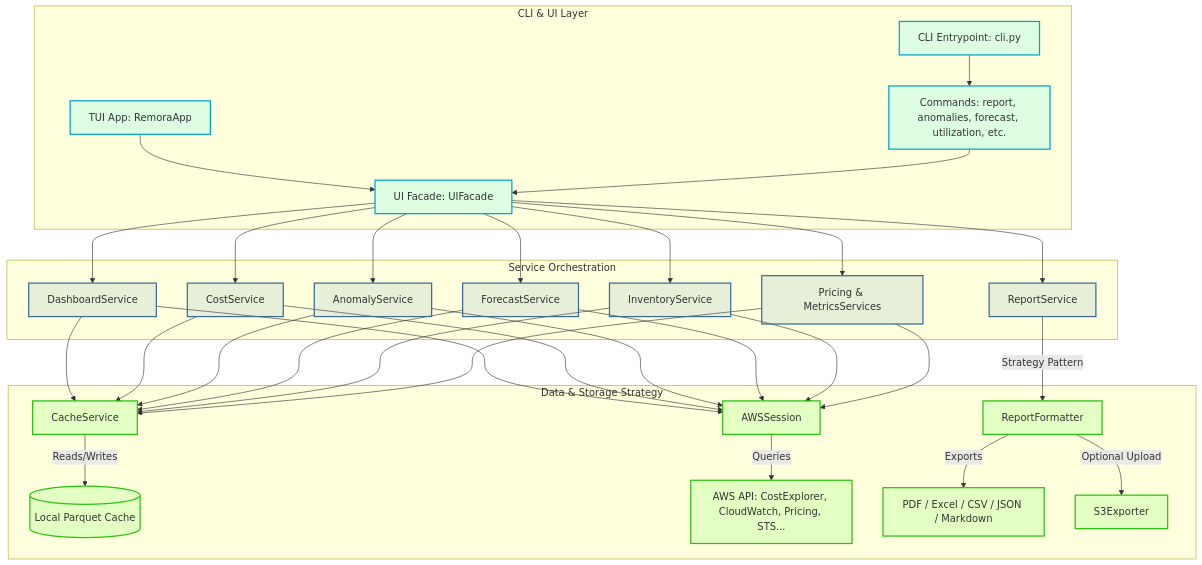
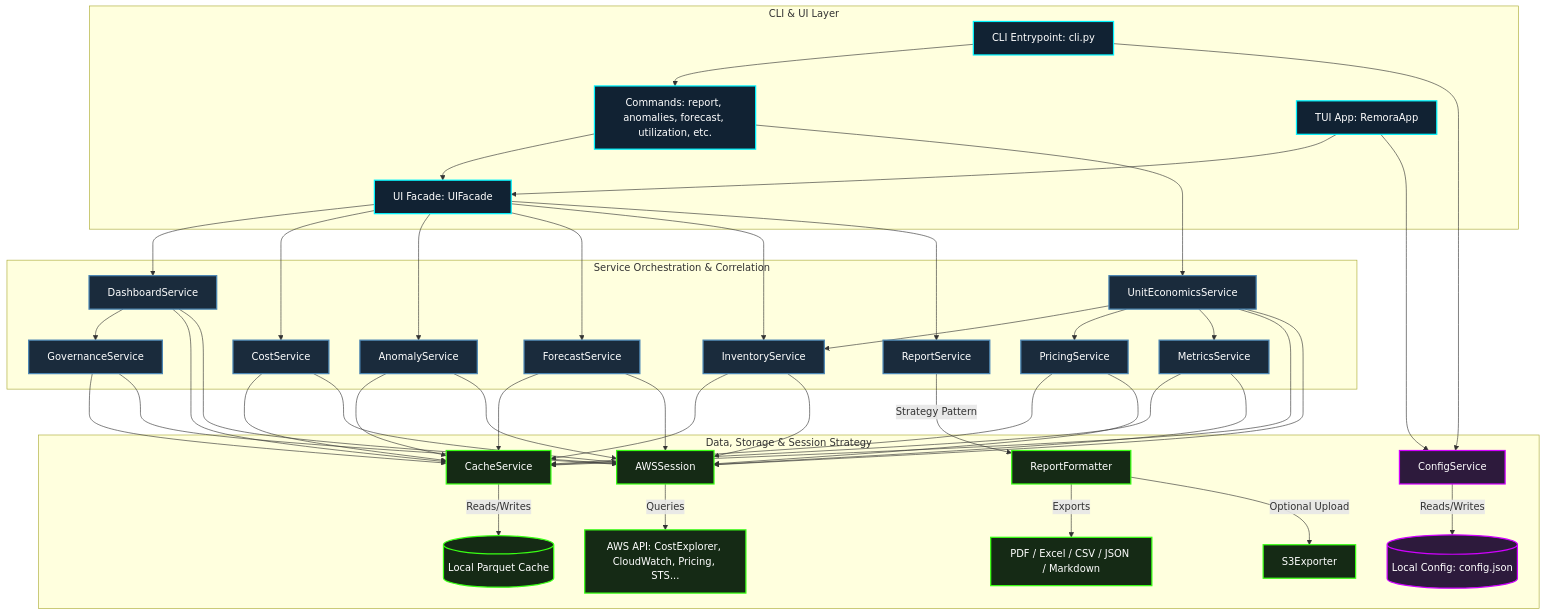
Before and after one commit to AlexDcoder/remora-fin: the first of 2 diagrams in README.md, drawn with Mermaid. The commit also changed other lines of this file, not shown here.

Commit message:
docs: Update documentation about the structure and covered services

````diff
--- a/README.md
+++ b/README.md
@@ -98,39 +147,58 @@
 ```mermaid
 graph TD
     %% CLI/UI Layer
-    subgraph CLI & UI Layer
+    subgraph UI_CLI ["CLI & UI Layer"]
         A[CLI Entrypoint: cli.py] --> B[Commands: report, anomalies, forecast, utilization, etc.]
         C[TUI App: RemoraApp] --> D[UI Facade: UIFacade]
         B --> D
     end
 
-    %% Service Orchestration
-    subgraph Service Orchestration
+    %% Service Orchestration Layer
+    subgraph Orchestration ["Service Orchestration & Correlation"]
         D --> E[DashboardService]
         D --> F[CostService]
         D --> G[AnomalyService]
         D --> H[ForecastService]
         D --> I[InventoryService]
-        D --> J[Pricing & MetricsServices]
         D --> K[ReportService]
+        
+        E --> S[GovernanceService]
+        
+        %% Unit Economics Correlation
+        UE[UnitEconomicsService] --> I
+        UE --> PS[PricingService]
+        UE --> MS[MetricsService]
+        B --> UE
     end
 
-    %% Caching & Storage Strategy
-    subgraph Data & Storage Strategy
-        E & F & G & H & I & J --> L[CacheService]
-        L -->|Reads/Writes| M[(Local Parquet Cache)]
-        E & F & G & H & I & J --> N[AWSSession]
-        N -->|Queries| O[AWS API: CostExplorer, CloudWatch, Pricing, STS...]
-        K -->|Strategy Pattern| P[ReportFormatter]
-        P -->|Exports| Q[PDF / Excel / CSV / JSON / Markdown]
-        P -->|Optional Upload| R[S3Exporter]
+    %% Caching, Storage & Session Layer
+    subgraph Data_Strategy ["Data, Storage & Session Strategy"]
+        %% Config Service
+        CS[ConfigService] -->|Reads/Writes| CFG[(Local Config: config.json)]
+        A & C --> CS
+        
+        %% AWS Session
+        AWS[AWSSession] -->|Queries| API[AWS API: CostExplorer, CloudWatch, Pricing, STS...]
+        
+        %% Cache System
+        E & F & G & H & I & S & PS & MS & UE --> L[CacheService]
+        L -->|Reads/Writes| PC[(Local Parquet Cache)]
+        E & F & G & H & I & S & PS & MS & UE --> AWS
+
+        %% Report Exporter
+        K -->|Strategy Pattern| RP[ReportFormatter]
+        RP -->|Exports| OUT[PDF / Excel / CSV / JSON / Markdown]
+        RP -->|Optional Upload| S3[S3Exporter]
     end
 
-    classDef ui fill:#00f3ff22,stroke:#00a3cc,stroke-width:2px;
-    classDef service fill:#4b86b422,stroke:#3b6c93,stroke-width:2px;
-    classDef storage fill:#39ff1422,stroke:#2bc20f,stroke-width:2px;
-    
+    %% Color classes for visually premium aesthetic
+    classDef ui fill:#112233,stroke:#00f3ff,stroke-width:2px,color:#fff;
+    classDef service fill:#1a2b3c,stroke:#4b86b4,stroke-width:2px,color:#fff;
+    classDef storage fill:#152a15,stroke:#39ff14,stroke-width:2px,color:#fff;
+    classDef config fill:#2d1a3c,stroke:#d000ff,stroke-width:2px,color:#fff;
+
     class A,B,C,D ui;
-    class E,F,G,H,I,J,K service;
-    class L,M,N,O,P,Q,R storage;
+    class E,F,G,H,I,K,S,UE,PS,MS service;
+    class L,PC,AWS,API,RP,OUT,S3 storage;
+    class CS,CFG config;
 ```
````
